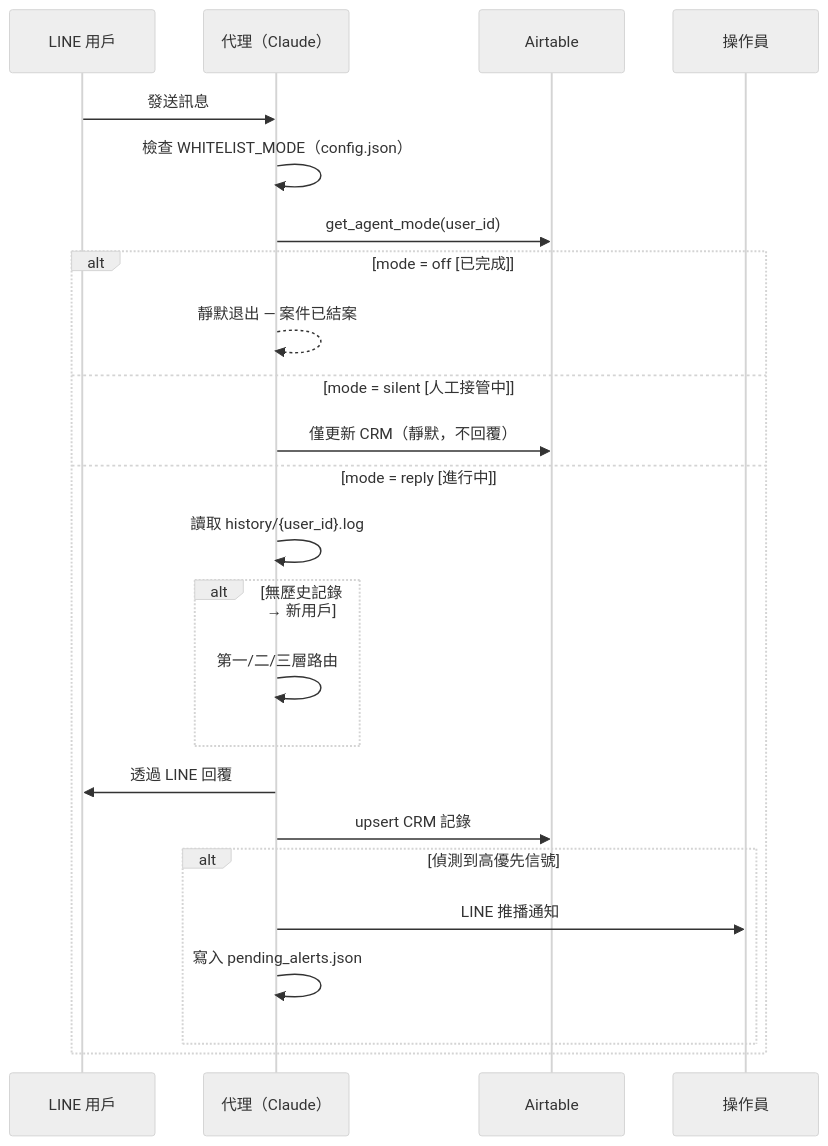
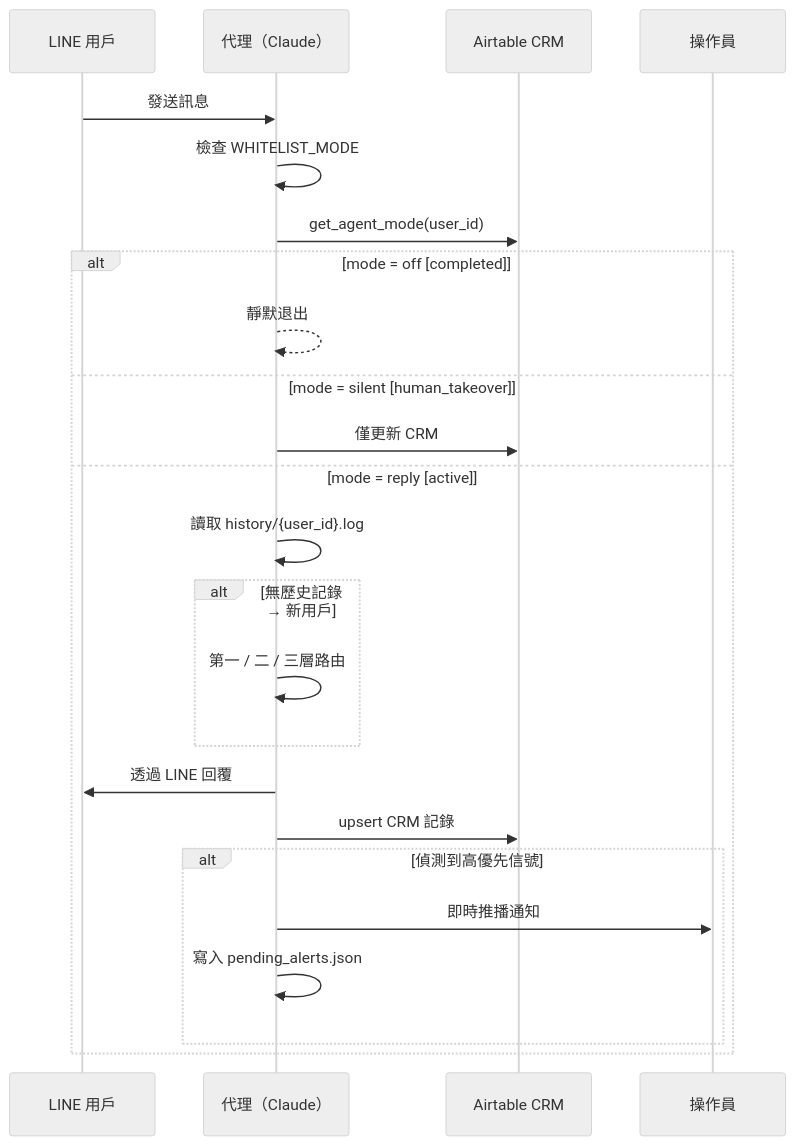
Before and after one commit to RealChrisL/scrivener-agent: the second of 2 diagrams in README.zh-TW.md, drawn with Mermaid (neutral theme). The commit also changed other lines of this file and 44 other files, not shown here.

````diff
--- a/README.zh-TW.md
+++ b/README.zh-TW.md
@@ -59,28 +61,28 @@
 ```mermaid
 sequenceDiagram
-    participant U as LINE 用戶
-    participant B as 代理（Claude）
-    participant AT as Airtable
-    participant N as 操作員
+    participant U  as LINE 用戶
+    participant AG as 代理（Claude）
+    participant AT as Airtable CRM
+    participant OP as 操作員
 
-    U->>B: 發送訊息
-    B->>B: 檢查 WHITELIST_MODE（config.json）
-    B->>AT: get_agent_mode(user_id)
+    U->>AG: 發送訊息
+    AG->>AG: 檢查 WHITELIST_MODE
+    AG->>AT: get_agent_mode(user_id)
 
-    alt mode = off  [已完成]
-        B-->>B: 靜默退出 — 案件已結案
-    else mode = silent  [人工接管中]
-        B->>AT: 僅更新 CRM（靜默，不回覆）
-    else mode = reply  [進行中]
-        B->>B: 讀取 history/{user_id}.log
+    alt mode = off  [completed]
+        AG-->>AG: 靜默退出
+    else mode = silent  [human_takeover]
+        AG->>AT: 僅更新 CRM
+    else mode = reply  [active]
+        AG->>AG: 讀取 history/{user_id}.log
         alt 無歷史記錄 → 新用戶
-            B->>B: 第一/二/三層路由
+            AG->>AG: 第一 / 二 / 三層路由
         end
-        B->>U: 透過 LINE 回覆
-        B->>AT: upsert CRM 記錄
+        AG->>U: 透過 LINE 回覆
+        AG->>AT: upsert CRM 記錄
         alt 偵測到高優先信號
-            B->>N: LINE 推播通知
-            B->>B: 寫入 pending_alerts.json
+            AG->>OP: 即時推播通知
+            AG->>AG: 寫入 pending_alerts.json
         end
     end
 ```
````
